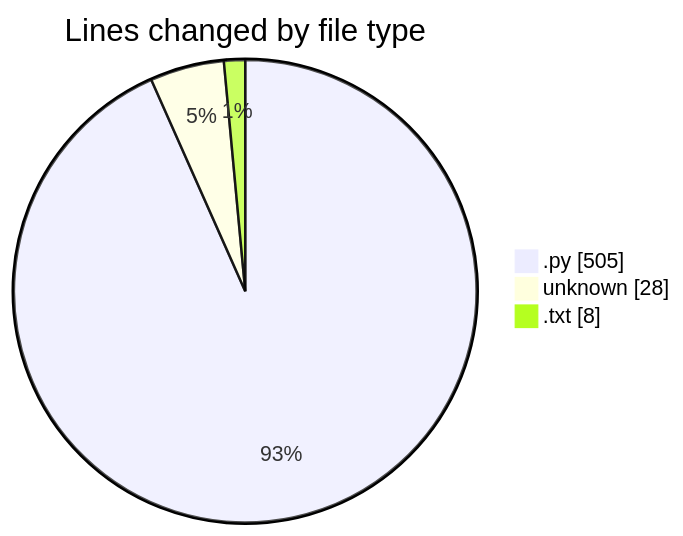
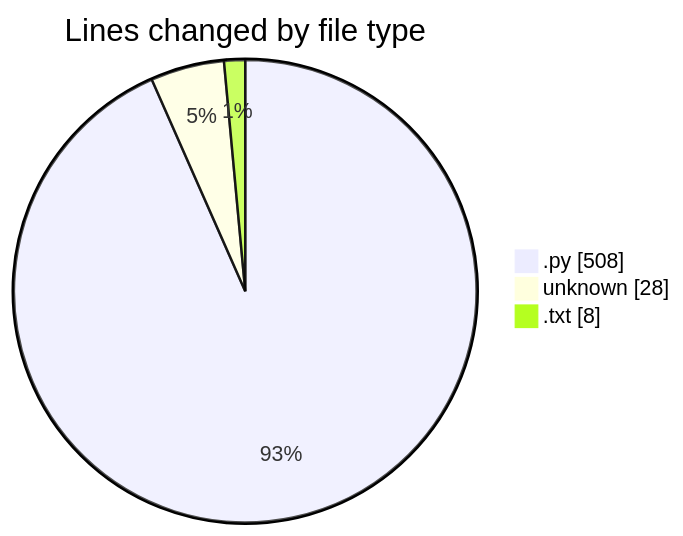
The first of 2 diagrams in 2026-09-18/video-downloader/README.md (momahboobian/code-tracking), drawn with Mermaid before and after one commit. The commit also changed other lines of this file and 1 other file, not shown here.

````diff
--- a/2026-09-18/video-downloader/README.md
+++ b/2026-09-18/video-downloader/README.md
@@ -24,7 +24,7 @@
 ```mermaid
 pie showData
 title Lines changed by file type
-".py" : 505
+".py" : 508
 "unknown" : 28
 ".txt" : 8
 ```
````
